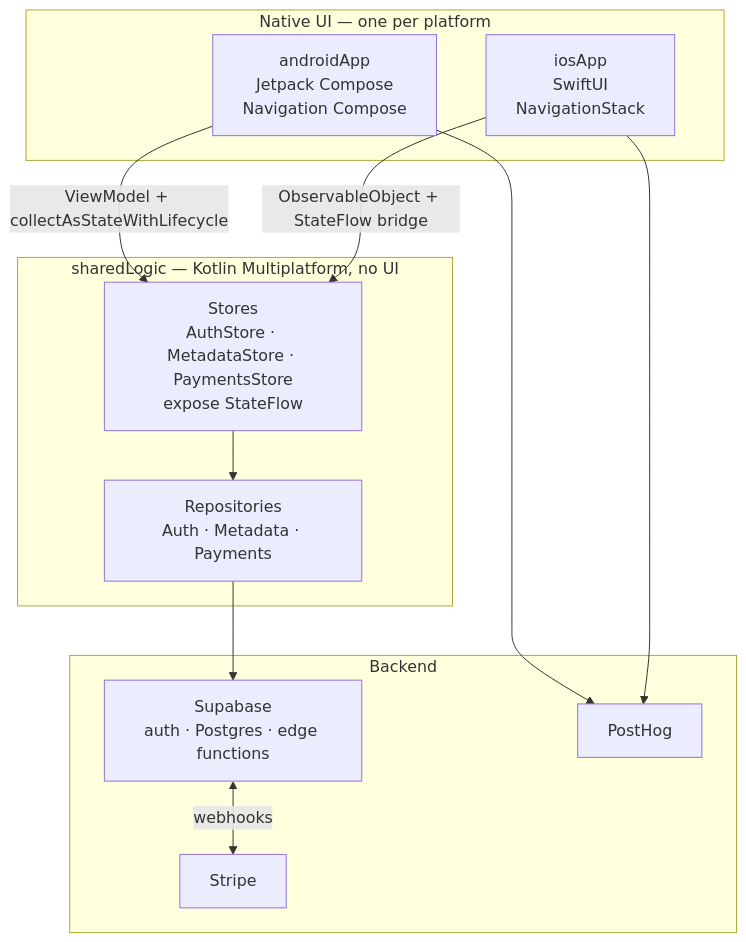
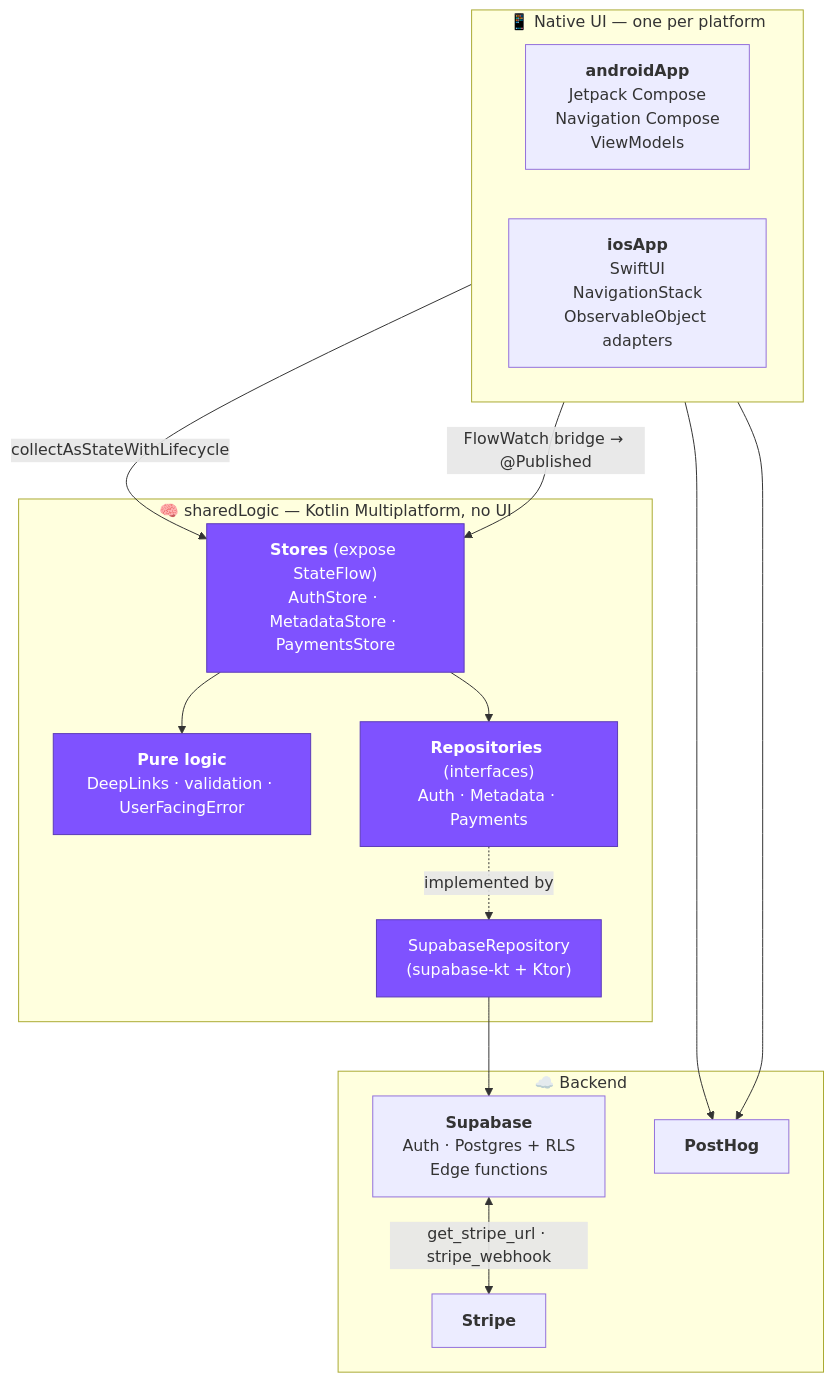
One commit to mejdi14/kmp-startup-mvp changed the fourth of 13 diagrams in README.md. Above: the diagram before and after it, drawn with Mermaid. The commit also changed other lines of this file, not shown here.

````diff
--- a/README.md
+++ b/README.md
@@ -55,26 +287,34 @@
 ```mermaid
 flowchart TD
-    subgraph UI["Native UI — one per platform"]
-        A["androidApp<br/>Jetpack Compose<br/>Navigation Compose"]
-        I["iosApp<br/>SwiftUI<br/>NavigationStack"]
+    subgraph UI["📱 Native UI — one per platform"]
+        direction LR
+        A["<b>androidApp</b><br/>Jetpack Compose<br/>Navigation Compose<br/>ViewModels"]
+        I["<b>iosApp</b><br/>SwiftUI<br/>NavigationStack<br/>ObservableObject adapters"]
     end
 
-    subgraph SHARED["sharedLogic — Kotlin Multiplatform, no UI"]
-        ST["Stores<br/>AuthStore · MetadataStore · PaymentsStore<br/>expose StateFlow"]
-        RP["Repositories<br/>Auth · Metadata · Payments"]
+    subgraph SHARED["🧠 sharedLogic — Kotlin Multiplatform, no UI"]
+        ST["<b>Stores</b> (expose StateFlow)<br/>AuthStore · MetadataStore · PaymentsStore"]
+        X["<b>Pure logic</b><br/>DeepLinks · validation · UserFacingError"]
+        RP["<b>Repositories</b> (interfaces)<br/>Auth · Metadata · Payments"]
+        SR["SupabaseRepository<br/>(supabase-kt + Ktor)"]
     end
 
-    subgraph BACK["Backend"]
-        SB["Supabase<br/>auth · Postgres · edge functions"]
-        STR["Stripe"]
-        PH["PostHog"]
+    subgraph BACK["☁️ Backend"]
+        SB["<b>Supabase</b><br/>Auth · Postgres + RLS<br/>Edge functions"]
+        STR["<b>Stripe</b>"]
+        PH["<b>PostHog</b>"]
     end
 
-    A -->|"ViewModel + collectAsStateWithLifecycle"| ST
-    I -->|"ObservableObject + StateFlow bridge"| ST
+    A -->|"collectAsStateWithLifecycle"| ST
+    I -->|"FlowWatch bridge → @Published"| ST
+    ST --> X
     ST --> RP
-    RP --> SB
-    SB <-->|"webhooks"| STR
+    RP -. implemented by .-> SR
+    SR --> SB
+    SB <-->|"get_stripe_url · stripe_webhook"| STR
     A --> PH
     I --> PH
+
+    classDef shared fill:#7F52FF,stroke:#5b3bb8,color:#fff
+    class ST,X,RP,SR shared
 ```
````
